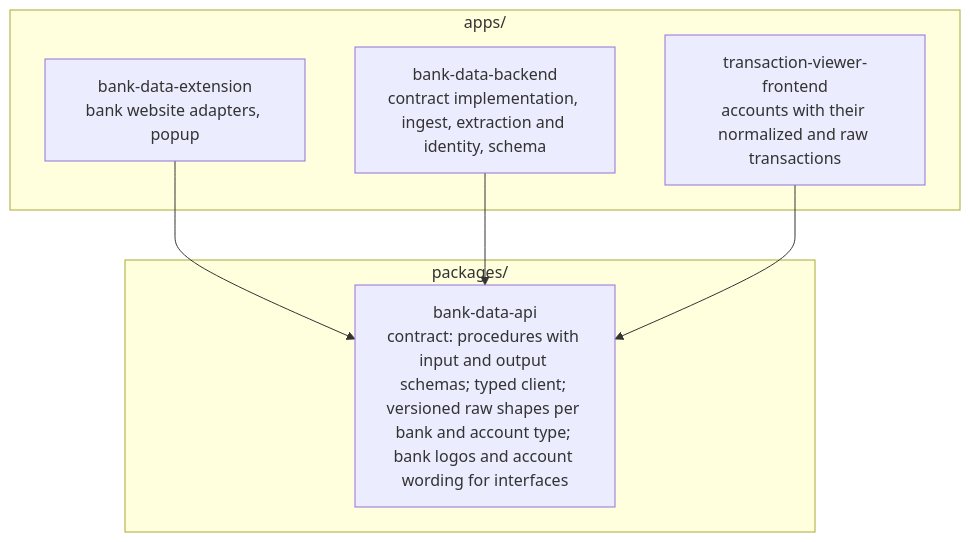
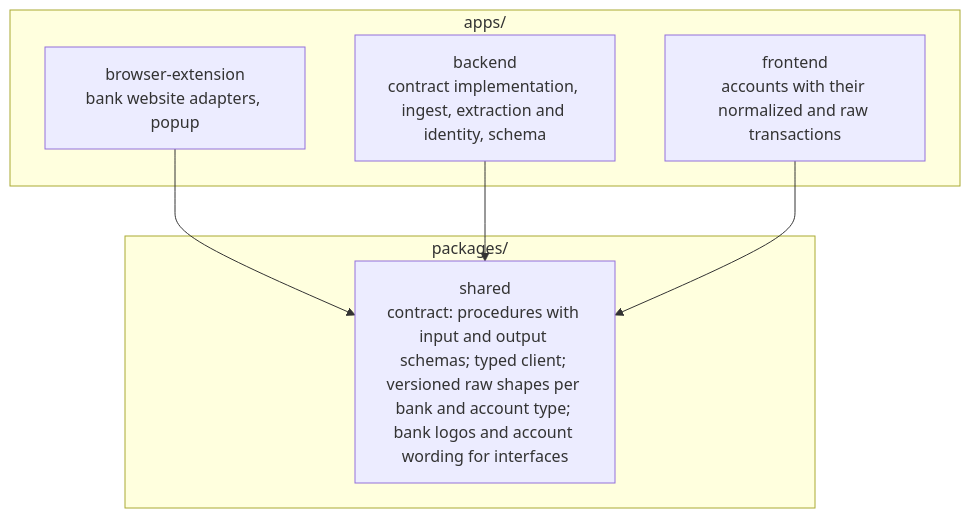
The fourth of 5 diagrams in docs/architecture.md (lennartmoeller/finance-tracker), drawn with Mermaid before and after one commit. The commit also changed other lines of this file and 122 other files, not shown here.

````diff
--- a/docs/architecture.md
+++ b/docs/architecture.md
@@ -118,14 +112,14 @@
 ```mermaid
 flowchart TD
   subgraph apps["apps/"]
-    extension["bank-data-extension<br/>bank website adapters, popup"]
-    backend["bank-data-backend<br/>contract implementation, ingest, extraction and identity, schema"]
-    viewer["transaction-viewer-frontend<br/>accounts with their normalized and raw transactions"]
+    extension["browser-extension<br/>bank website adapters, popup"]
+    backend["backend<br/>contract implementation, ingest, extraction and identity, schema"]
+    frontend["frontend<br/>accounts with their normalized and raw transactions"]
   end
   subgraph packages["packages/"]
-    api["bank-data-api<br/>contract: procedures with input and output schemas; typed client; versioned raw shapes per bank and account type; bank logos and account wording for interfaces"]
+    shared["shared<br/>contract: procedures with input and output schemas; typed client; versioned raw shapes per bank and account type; bank logos and account wording for interfaces"]
   end
-  extension --> api
-  backend --> api
-  viewer --> api
+  extension --> shared
+  backend --> shared
+  frontend --> shared
 ```
````
